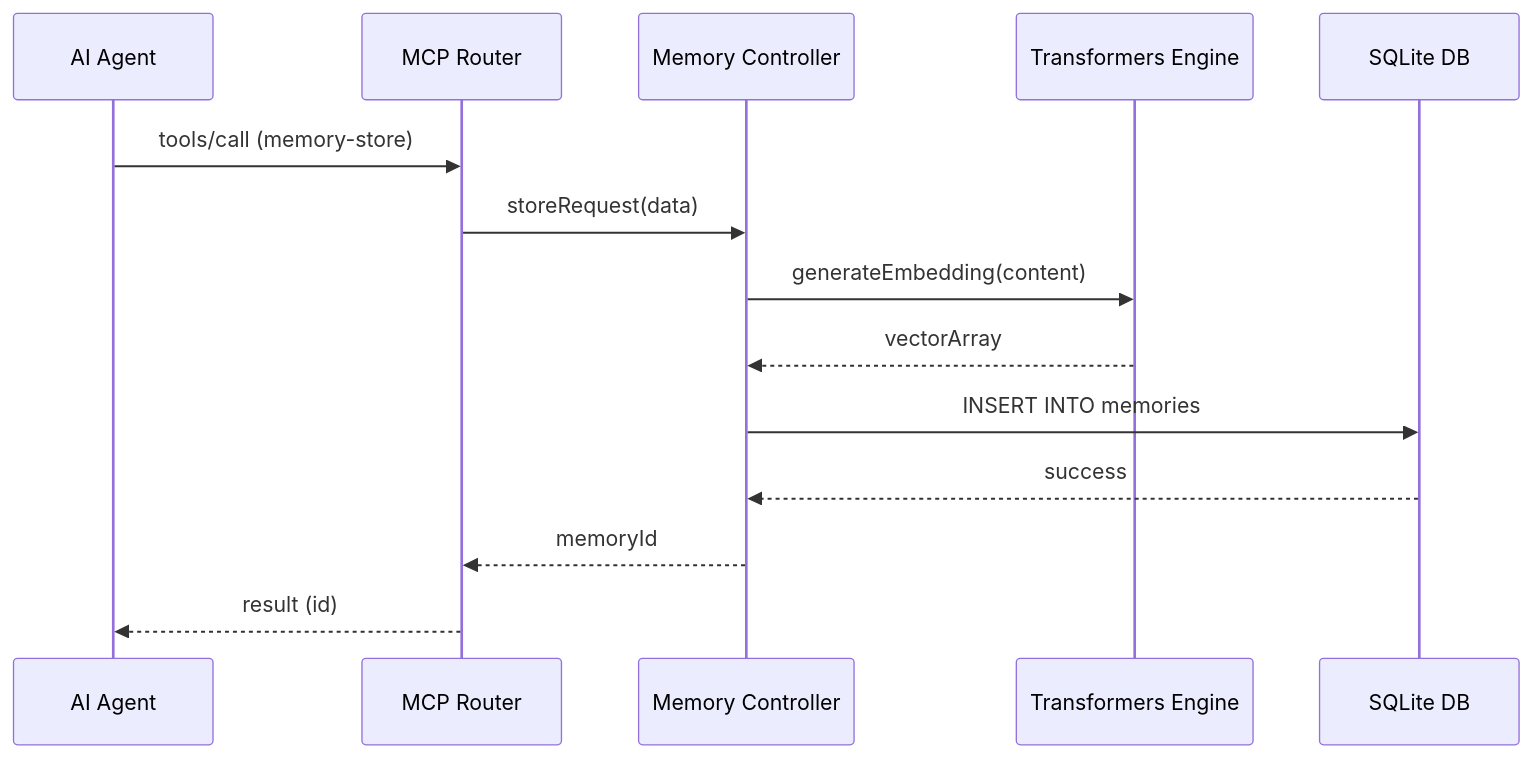
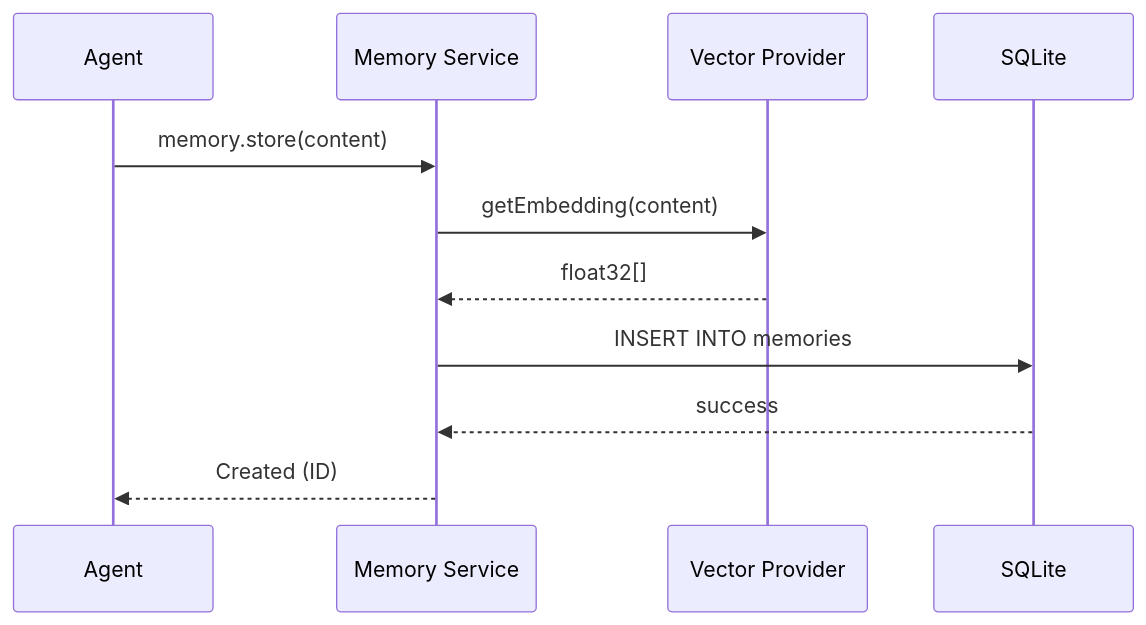
The diagram in .agents/documents/application/modules/mcp-server/memory.md (vheins/local-memory-mcp), drawn with Mermaid before and after one commit. The commit also changed other lines of this file and 29 other files, not shown here.

Commit message:
docs: update architecture, design, and requirements documentation to reflect core system refinements and UI improvements

````diff
--- a/.agents/documents/application/modules/mcp-server/memory.md
+++ b/.agents/documents/application/modules/mcp-server/memory.md
@@ -18,17 +35,14 @@
 ```mermaid
 sequenceDiagram
-    participant A as AI Agent
-    participant R as MCP Router
-    participant M as Memory Controller
-    participant T as Transformers Engine
-    participant D as SQLite DB
-
-    A->>R: tools/call (memory-store)
-    R->>M: storeRequest(data)
-    M->>T: generateEmbedding(content)
-    T-->>M: vectorArray
+    participant A as Agent
+    participant M as Memory Service
+    participant V as Vector Provider
+    participant D as SQLite
+    
+    A->>M: memory.store(content)
+    M->>V: getEmbedding(content)
+    V-->>M: float32[]
     M->>D: INSERT INTO memories
     D-->>M: success
-    M-->>R: memoryId
-    R-->>A: result (id)
+    M-->>A: Created (ID)
 ```
````
